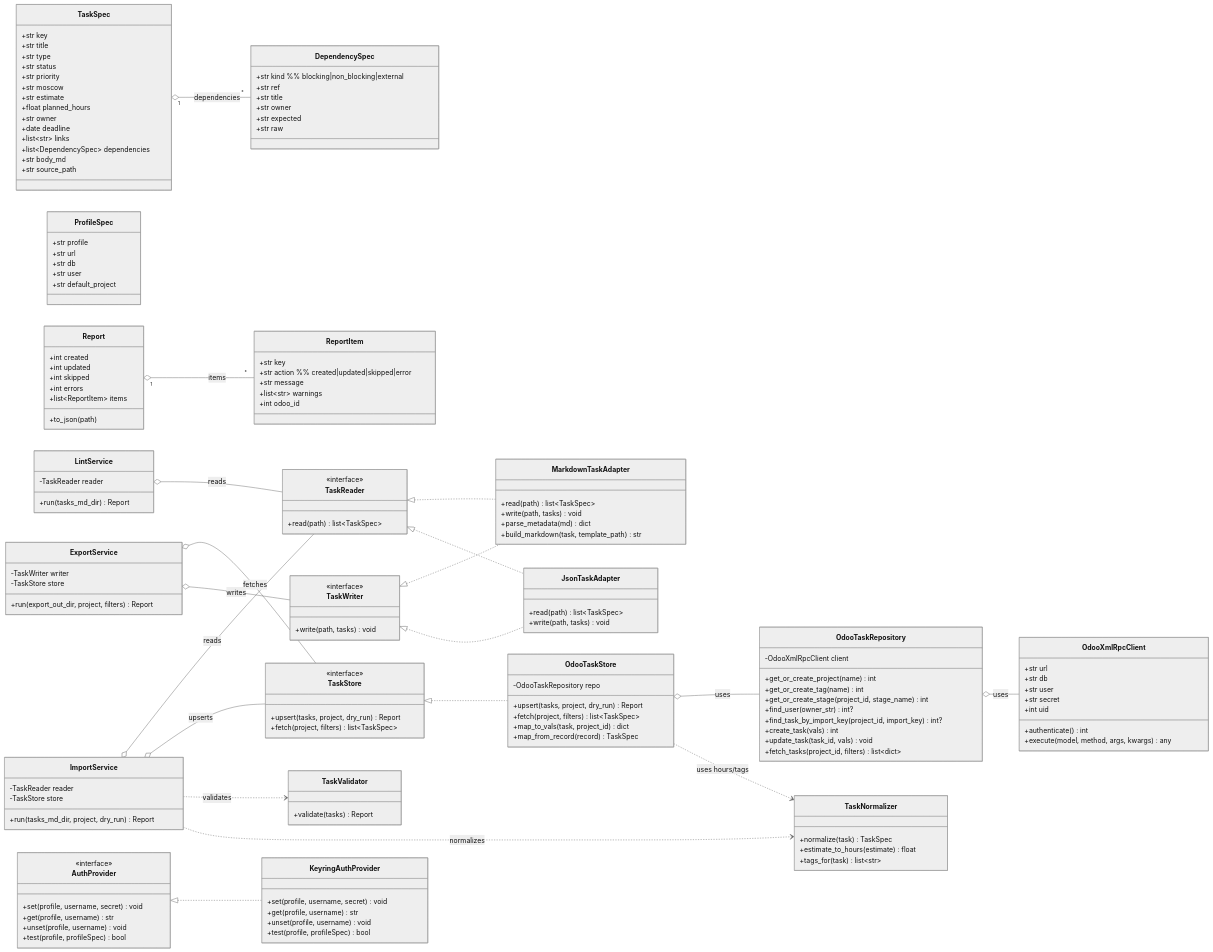
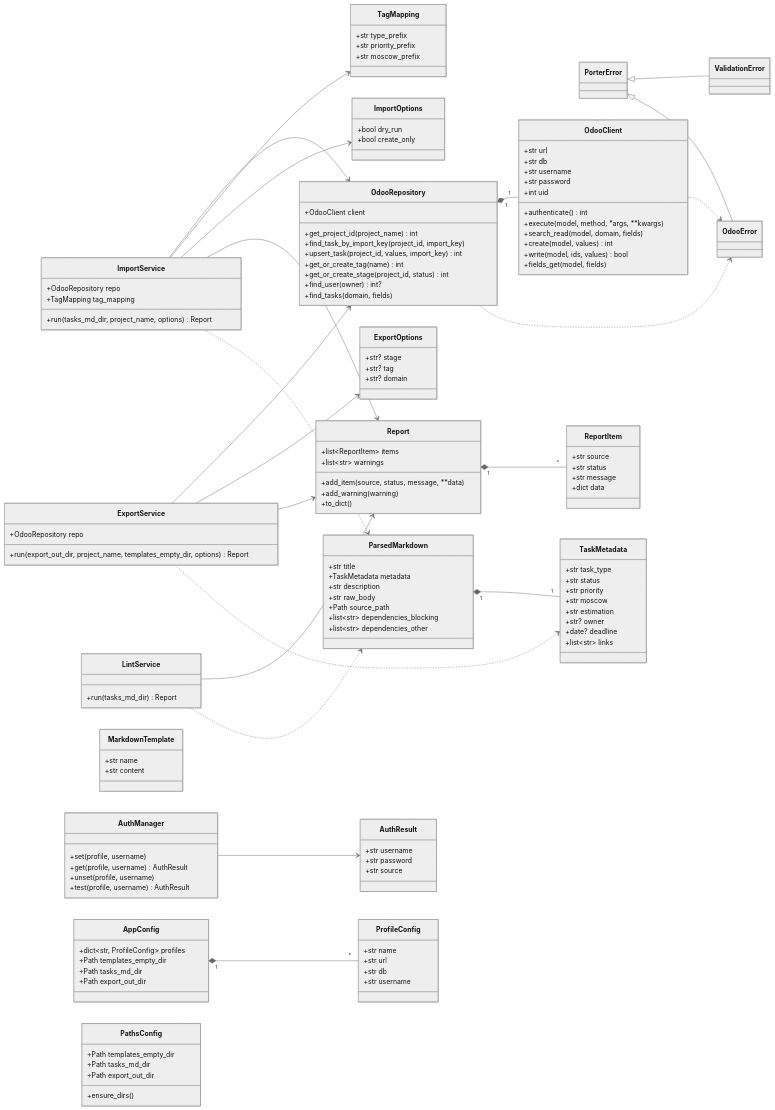
One commit to entrezunfredici/otp changed the diagram in class_diagram.md. Above: the diagram before and after it, drawn with Mermaid (neutral theme). The commit also changed 52 other files, not shown here.

Commit message:
[FIX] requirements and architecture

````diff
--- a/class_diagram.md
+++ b/class_diagram.md
@@ -2,199 +2,159 @@
 classDiagram
 direction LR
 
-%% =========================
-%% DOMAIN (canonical model)
-%% =========================
-class TaskSpec {
-  +str key
-  +str title
-  +str type
+class PorterError
+class ValidationError
+class OdooError
+PorterError <|-- ValidationError
+PorterError <|-- OdooError
+
+class TaskMetadata {
+  +str task_type
   +str status
   +str priority
   +str moscow
-  +str estimate
-  +float planned_hours
-  +str owner
-  +date deadline
+  +str estimation
+  +str? owner
+  +date? deadline
   +list~str~ links
-  +list~DependencySpec~ dependencies
-  +str body_md
-  +str source_path
 }
 
-class DependencySpec {
-  +str kind  %% blocking|non_blocking|external
-  +str ref
+class ParsedMarkdown {
   +str title
-  +str owner
-  +str expected
-  +str raw
+  +TaskMetadata metadata
+  +str description
+  +str raw_body
+  +Path source_path
+  +list~str~ dependencies_blocking
+  +list~str~ dependencies_other
 }
 
-class ProfileSpec {
-  +str profile
-  +str url
-  +str db
-  +str user
-  +str default_project
+class ReportItem {
+  +str source
+  +str status
+  +str message
+  +dict data
 }
 
 class Report {
-  +int created
-  +int updated
-  +int skipped
-  +int errors
   +list~ReportItem~ items
-  +to_json(path)
+  +list~str~ warnings
+  +add_item(source, status, message, **data)
+  +add_warning(warning)
+  +to_dict()
 }
 
-class ReportItem {
-  +str key
-  +str action  %% created|updated|skipped|error
-  +str message
-  +list~str~ warnings
-  +int odoo_id
+Report "1" *-- "*" ReportItem
+ParsedMarkdown "1" *-- "1" TaskMetadata
+
+class OdooClient {
+  +str url
+  +str db
+  +str username
+  +str password
+  +int uid
+  +authenticate() int
+  +execute(model, method, *args, **kwargs)
+  +search_read(model, domain, fields)
+  +create(model, values) int
+  +write(model, ids, values) bool
+  +fields_get(model, fields)
 }
 
-TaskSpec "1" o-- "*" DependencySpec : dependencies
-Report "1" o-- "*" ReportItem : items
-
-%% =========================
-%% PORTS / INTERFACES
-%% =========================
-class TaskReader {
-  <<interface>>
-  +read(path) list~TaskSpec~
+class OdooRepository {
+  +OdooClient client
+  +get_project_id(project_name) int
+  +find_task_by_import_key(project_id, import_key)
+  +upsert_task(project_id, values, import_key) int
+  +get_or_create_tag(name) int
+  +get_or_create_stage(project_id, status) int
+  +find_user(owner) int?
+  +find_tasks(domain, fields)
 }
 
-class TaskWriter {
-  <<interface>>
-  +write(path, tasks) void
+OdooRepository "1" *-- "1" OdooClient
+OdooClient ..> OdooError
+OdooRepository ..> OdooError
+
+class TagMapping {
+  +str type_prefix
+  +str priority_prefix
+  +str moscow_prefix
 }
 
-class TaskStore {
-  <<interface>>
-  +upsert(tasks, project, dry_run) Report
-  +fetch(project, filters) list~TaskSpec~
+class ImportOptions {
+  +bool dry_run
+  +bool create_only
 }
 
-class AuthProvider {
-  <<interface>>
-  +set(profile, username, secret) void
-  +get(profile, username) str
-  +unset(profile, username) void
-  +test(profile, profileSpec) bool
+class ImportService {
+  +OdooRepository repo
+  +TagMapping tag_mapping
+  +run(tasks_md_dir, project_name, options) Report
 }
+ImportService --> OdooRepository
+ImportService --> TagMapping
+ImportService --> ImportOptions
+ImportService --> Report
+ImportService ..> ParsedMarkdown
 
-%% =========================
-%% ADAPTERS (Markdown/JSON)
-%% =========================
-class MarkdownTaskAdapter {
-  +read(path) list~TaskSpec~
-  +write(path, tasks) void
-  +parse_metadata(md) dict
-  +build_markdown(task, template_path) str
-}
-
-class JsonTaskAdapter {
-  +read(path) list~TaskSpec~
-  +write(path, tasks) void
-}
-
-TaskReader <|.. MarkdownTaskAdapter
-TaskWriter <|.. MarkdownTaskAdapter
-TaskReader <|.. JsonTaskAdapter
-TaskWriter <|.. JsonTaskAdapter
-
-%% =========================
-%% AUTH (Keyring)
-%% =========================
-class KeyringAuthProvider {
-  +set(profile, username, secret) void
-  +get(profile, username) str
-  +unset(profile, username) void
-  +test(profile, profileSpec) bool
-}
-
-AuthProvider <|.. KeyringAuthProvider
-
-%% =========================
-%% ODOO INFRA
-%% =========================
-class OdooXmlRpcClient {
-  +str url
-  +str db
-  +str user
-  +str secret
-  +int uid
-  +authenticate() int
-  +execute(model, method, args, kwargs) any
-}
-
-class OdooTaskRepository {
-  -OdooXmlRpcClient client
-  +get_or_create_project(name) int
-  +get_or_create_tag(name) int
-  +get_or_create_stage(project_id, stage_name) int
-  +find_user(owner_str) int?
-  +find_task_by_import_key(project_id, import_key) int?
-  +create_task(vals) int
-  +update_task(task_id, vals) void
-  +fetch_tasks(project_id, filters) list~dict~
-}
-
-class OdooTaskStore {
-  -OdooTaskRepository repo
-  +upsert(tasks, project, dry_run) Report
-  +fetch(project, filters) list~TaskSpec~
-  +map_to_vals(task, project_id) dict
-  +map_from_record(record) TaskSpec
-}
-
-TaskStore <|.. OdooTaskStore
-OdooTaskRepository o-- OdooXmlRpcClient : uses
-OdooTaskStore o-- OdooTaskRepository : uses
-
-%% =========================
-%% SERVICES (use-cases)
-%% =========================
-class ImportService {
-  -TaskReader reader
-  -TaskStore store
-  +run(tasks_md_dir, project, dry_run) Report
+class ExportOptions {
+  +str? stage
+  +str? tag
+  +str? domain
 }
 
 class ExportService {
-  -TaskWriter writer
-  -TaskStore store
-  +run(export_out_dir, project, filters) Report
+  +OdooRepository repo
+  +run(export_out_dir, project_name, templates_empty_dir, options) Report
+}
+ExportService --> OdooRepository
+ExportService --> ExportOptions
+ExportService --> Report
+ExportService ..> TaskMetadata
+
+class LintService {
+  +run(tasks_md_dir) Report
+}
+LintService --> Report
+LintService ..> ParsedMarkdown
+
+class MarkdownTemplate {
+  +str name
+  +str content
+}
+class AuthResult {
+  +str username
+  +str password
+  +str source
+}
+class AuthManager {
+  +set(profile, username)
+  +get(profile, username) AuthResult
+  +unset(profile, username)
+  +test(profile, username) AuthResult
+}
+AuthManager --> AuthResult
+
+class ProfileConfig {
+  +str name
+  +str url
+  +str db
+  +str username
+}
+class AppConfig {
+  +dict~str, ProfileConfig~ profiles
+  +Path templates_empty_dir
+  +Path tasks_md_dir
+  +Path export_out_dir
+}
+AppConfig "1" *-- "*" ProfileConfig
+
+class PathsConfig {
+  +Path templates_empty_dir
+  +Path tasks_md_dir
+  +Path export_out_dir
+  +ensure_dirs()
 }
 
-class LintService {
-  -TaskReader reader
-  +run(tasks_md_dir) Report
-}
-
-ImportService o-- TaskReader : reads
-ImportService o-- TaskStore : upserts
-ExportService o-- TaskStore : fetches
-ExportService o-- TaskWriter : writes
-LintService o-- TaskReader : reads
-
-%% =========================
-%% OPTIONAL: RULES/MAPPING (functions or classes)
-%% =========================
-class TaskValidator {
-  +validate(tasks) Report
-}
-
-class TaskNormalizer {
-  +normalize(task) TaskSpec
-  +estimate_to_hours(estimate) float
-  +tags_for(task) list~str~
-}
-
-ImportService ..> TaskValidator : validates
-ImportService ..> TaskNormalizer : normalizes
-OdooTaskStore ..> TaskNormalizer : uses hours/tags
 ```
````
